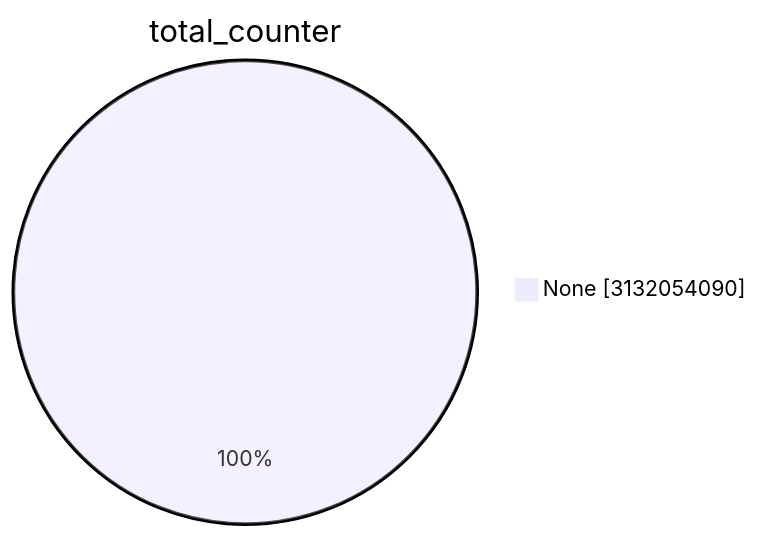
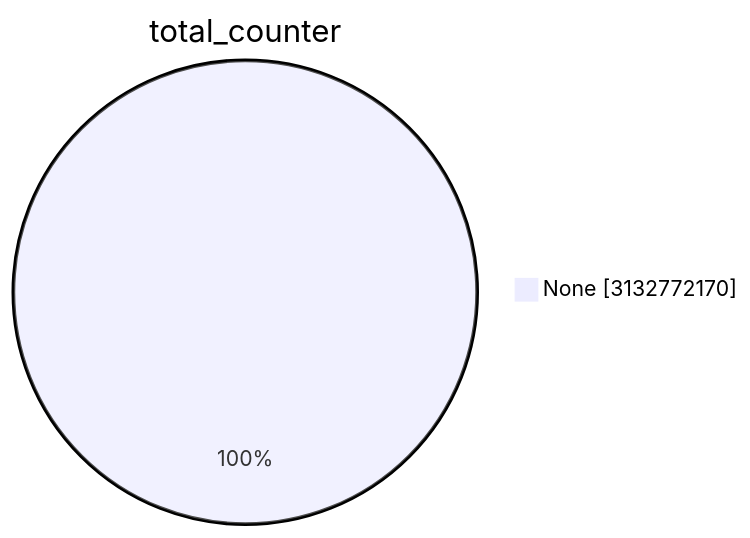
Before and after one commit to christiankrug/ctmonitor_visualization: the first of 15 diagrams in TOTAL/README.md, drawn with Mermaid. The commit also changed other lines of this file, not shown here.

````diff
--- a/TOTAL/README.md
+++ b/TOTAL/README.md
@@ -1,5 +1,5 @@
 ```mermaid
 pie showData
 title total_counter
-"None" :3132054090
+"None" :3132772170
 ```
````
